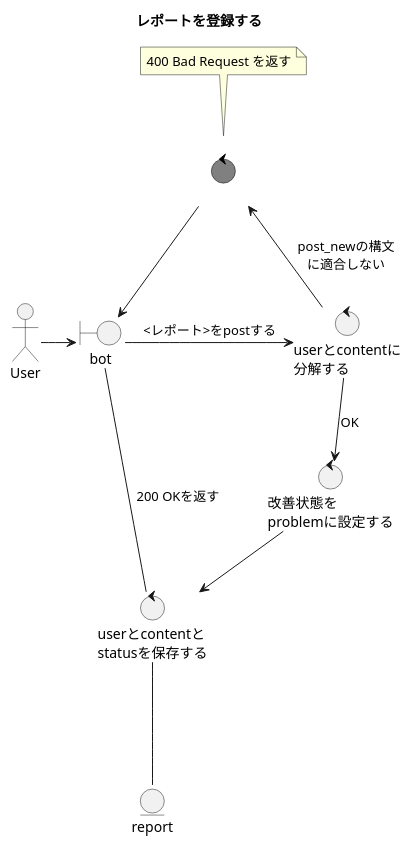
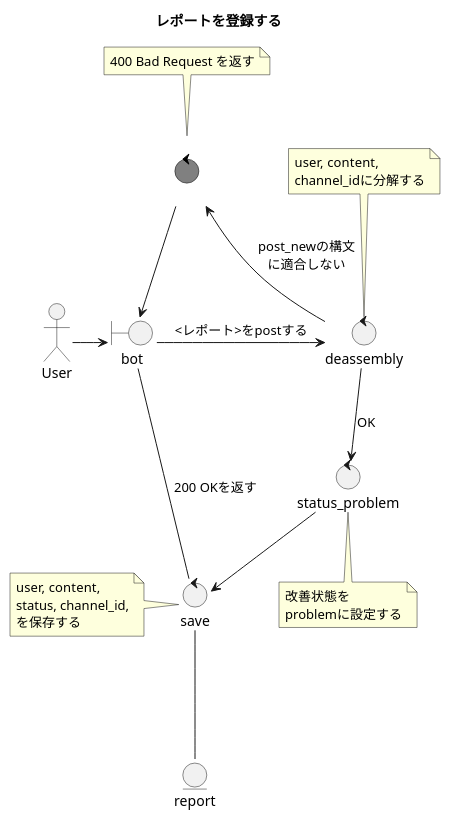
One commit to ito-masam/kpt-guard.doc changed the diagram in 1.design/3.robustnesses/post-report-new.md. Above: the diagram before and after it, drawn with PlantUML. The commit also changed 9 other files, not shown here.

```diff
--- a/1.design/3.robustnesses/post-report-new.md
+++ b/1.design/3.robustnesses/post-report-new.md
@@ -1,37 +1,50 @@
 @startuml
 
     ' ----------- meta
     title レポートを登録する
 
     skinparam {
       ControlFontColor<<error>> white
       ControlFontName<<error>> Verdana
       ControlBackgroundColor<<error>> gray
       ControlBorderColor<<error>> black
     }
 
     actor User
     boundary bot
-    control deassembly as "userとcontentに\n分解する"
-    control status_problem as "改善状態を\nproblemに設定する"
-    control save as "userとcontentと\nstatusを保存する"
+    control deassembly
+    note top of deassembly
+        user, content,
+        channel_idに分解する
+    end note
+    control status_problem
+    note bottom of status_problem
+        改善状態を
+        problemに設定する
+    end note
+    control save
+    note left of save
+        user, content,
+        status, channel_id,
+        を保存する
+    end note
     entity report
 
 
     ' ----------- main
     User -right-> bot
     bot -right-> deassembly : <レポート>をpostする
     deassembly --> status_problem : OK
     status_problem --> save
     save --- report
     save --- bot : 200 OKを返す
 
     ' ----------- alternative
     control error400 <<error>>
     note top of error400
         400 Bad Request を返す
     end note
     deassembly -up-> error400 : post_newの構文\nに適合しない
     error400 --> bot
 
 @enduml
```
